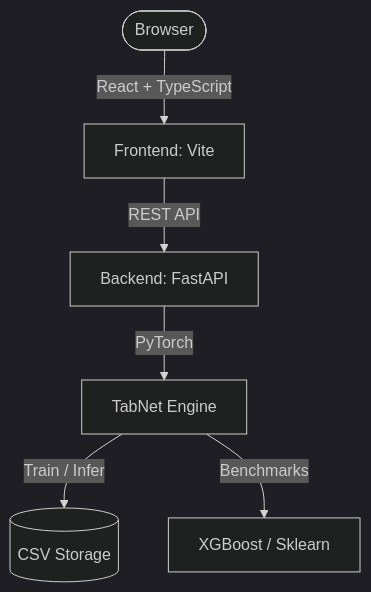
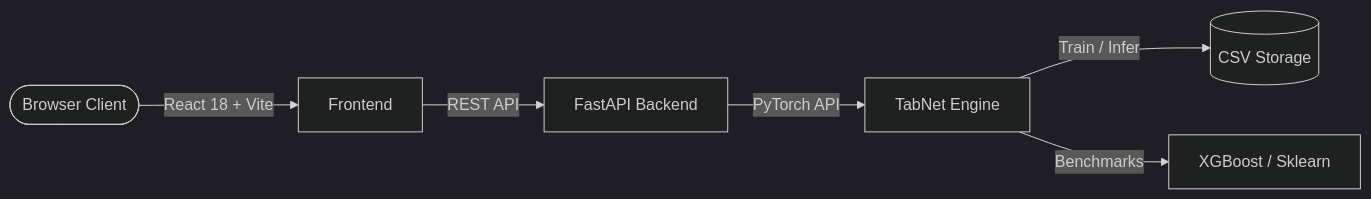
Before and after one commit to Git-Kapish/TabNet-Studio: the diagram in README.md, drawn with Mermaid (dark theme). The commit also changed other lines of this file and 5 other files, not shown here.

Commit message:
add architecture documentation and project assets

````diff
--- a/README.md
+++ b/README.md
@@ -30,8 +70,8 @@
 ```mermaid
-graph TD
-    User([Browser]) -->|React + TypeScript| Frontend[Frontend: Vite]
-    Frontend -->|REST API| Backend[Backend: FastAPI]
-    Backend -->|PyTorch| Engine[TabNet Engine]
+graph LR
+    Browser([Browser Client]) -->|React 18 + Vite| Frontend[Frontend]
+    Frontend -->|REST API| Backend[FastAPI Backend]
+    Backend -->|PyTorch API| Engine[TabNet Engine]
     Engine -->|Train / Infer| Data[(CSV Storage)]
     Engine -->|Benchmarks| Baselines[XGBoost / Sklearn]
 ```
````
